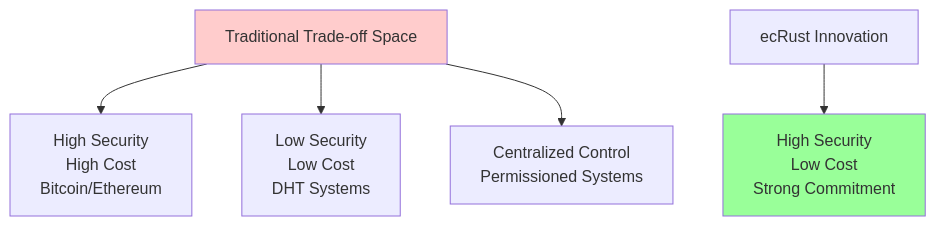
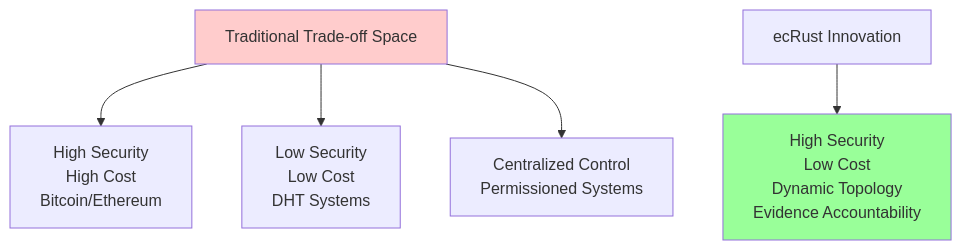
Diagram 11 of 11 in Design/whitepaper.md (EcProtocol/EcNode), drawn with Mermaid before and after one commit. The commit also changed other lines of this file, not shown here.

````diff
--- a/Design/whitepaper.md
+++ b/Design/whitepaper.md
@@ -1090,11 +1354,11 @@
 ```mermaid
 graph TD
     A[Traditional Trade-off Space] --> B[High Security<br/>High Cost<br/>Bitcoin/Ethereum]
     A --> C[Low Security<br/>Low Cost<br/>DHT Systems]  
     A --> D[Centralized Control<br/>Permissioned Systems]
     
-    E[ecRust Innovation] --> F[High Security<br/>Low Cost<br/>Strong Commitment]
+    E[ecRust Innovation] --> F[High Security<br/>Low Cost<br/>Dynamic Topology<br/>Evidence Accountability]
     
     style F fill:#99ff99
     style A fill:#ffcccc
 ```
````
